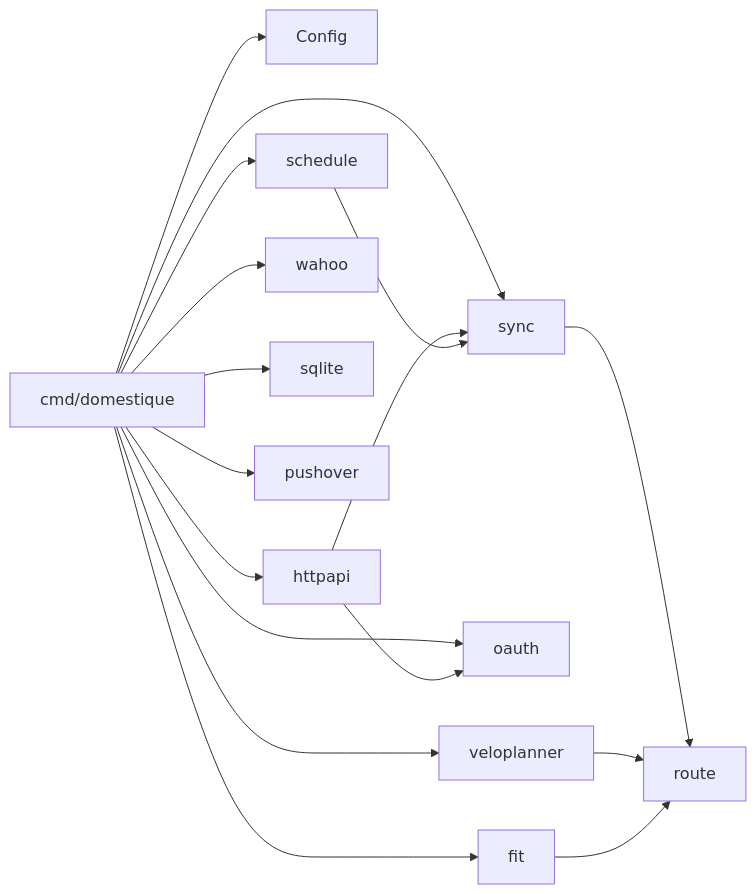
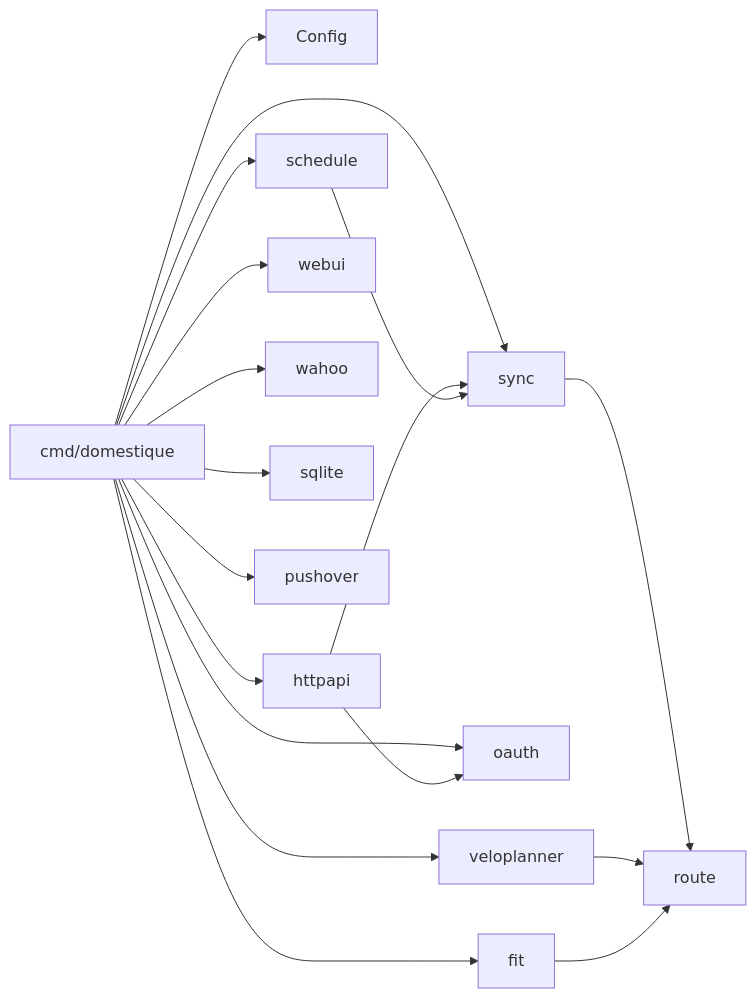
The diagram in docs/specs/implementation-architecture.md (nobbs/domestique), drawn with Mermaid before and after one commit. The commit also changed other lines of this file and 58 other files, not shown here.

```diff
--- a/docs/specs/implementation-architecture.md
+++ b/docs/specs/implementation-architecture.md
@@ -124,23 +155,25 @@
 ~~~mermaid
 flowchart LR
     Main["cmd/domestique"] --> Config
     Main --> HTTP
     Main --> Schedule
     Main --> Sync
     Main --> OAuth
 
     HTTP["httpapi"] --> Sync["sync"]
     HTTP --> OAuth["oauth"]
     Schedule["schedule"] --> Sync
 
+    Main --> WebUI["webui"]
+
     Sync --> Route["route"]
 
     VP["veloplanner"] --> Route
     FIT["fit"] --> Route
 
     Main --> VP
     Main --> FIT
     Main --> Wahoo["wahoo"]
     Main --> SQLite["sqlite"]
     Main --> Pushover["pushover"]
 ~~~
```
